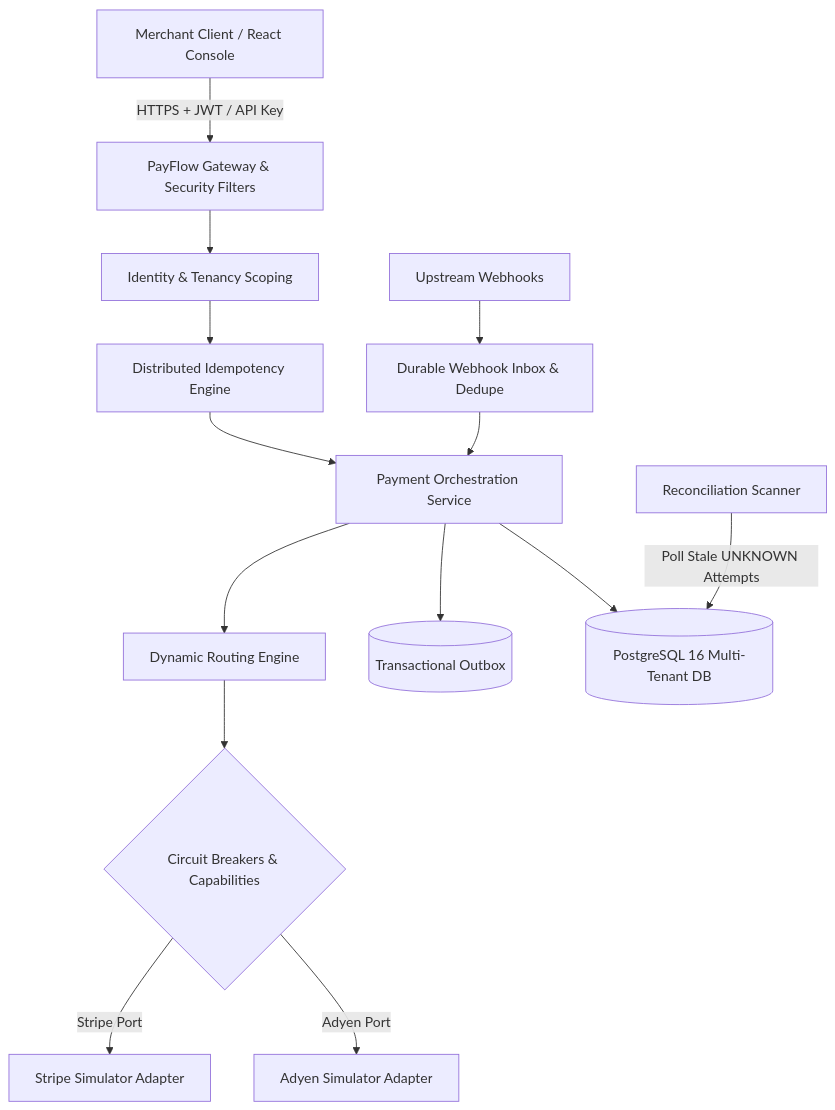
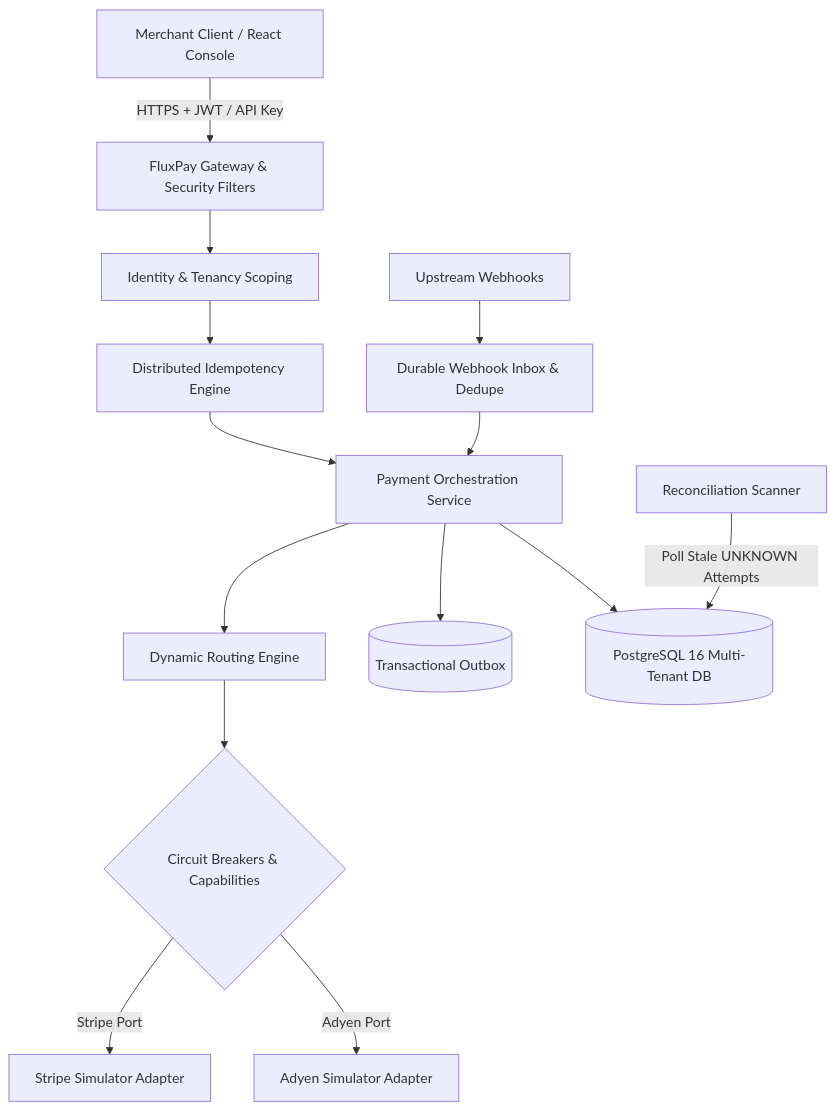
The diagram in docs/architecture.md (YashSaxena070/PayFlow), drawn with Mermaid before and after one commit. The commit also changed other lines of this file and 66 other files, not shown here.

````diff
--- a/docs/architecture.md
+++ b/docs/architecture.md
@@ -7,16 +7,16 @@
 ```mermaid
 flowchart TD
-    Client[Merchant Client / React Console] -->|HTTPS + JWT / API Key| Gateway[PayFlow Gateway & Security Filters]
+    Client[Merchant Client / React Console] -->|HTTPS + JWT / API Key| Gateway[FluxPay Gateway & Security Filters]
     Gateway --> Auth[Identity & Tenancy Scoping]
     Auth --> Idemp[Distributed Idempotency Engine]
     Idemp --> PaymentSvc[Payment Orchestration Service]
     PaymentSvc --> Router[Dynamic Routing Engine]
     Router --> CB{Circuit Breakers & Capabilities}
     CB -->|Stripe Port| StripeAdapter[Stripe Simulator Adapter]
     CB -->|Adyen Port| AdyenAdapter[Adyen Simulator Adapter]
     PaymentSvc --> Outbox[(Transactional Outbox)]
     PaymentSvc --> DB[(PostgreSQL 16 Multi-Tenant DB)]
     ProviderWebhooks[Upstream Webhooks] --> WebhookInbox[Durable Webhook Inbox & Dedupe]
     WebhookInbox --> PaymentSvc
     ReconciliationWorker[Reconciliation Scanner] -->|Poll Stale UNKNOWN Attempts| DB
 ```
````
